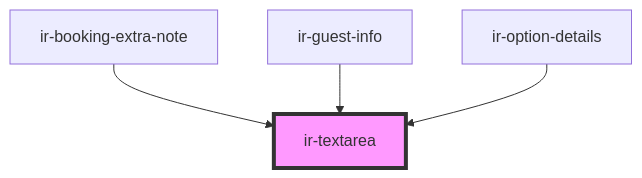
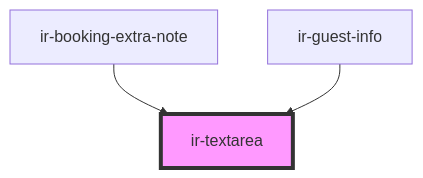
The diagram in src/components/ui/ir-textarea/readme.md (RonyRizk/ir-webcmp), drawn with Mermaid before and after one commit. The commit also changed other lines of this file and 15 other files, not shown here.

````diff
--- a/src/components/ui/ir-textarea/readme.md
+++ b/src/components/ui/ir-textarea/readme.md
@@ -41,7 +40,6 @@
 ```mermaid
 graph TD;
   ir-booking-extra-note --> ir-textarea
   ir-guest-info --> ir-textarea
-  ir-option-details --> ir-textarea
   style ir-textarea fill:#f9f,stroke:#333,stroke-width:4px
 ```
````
